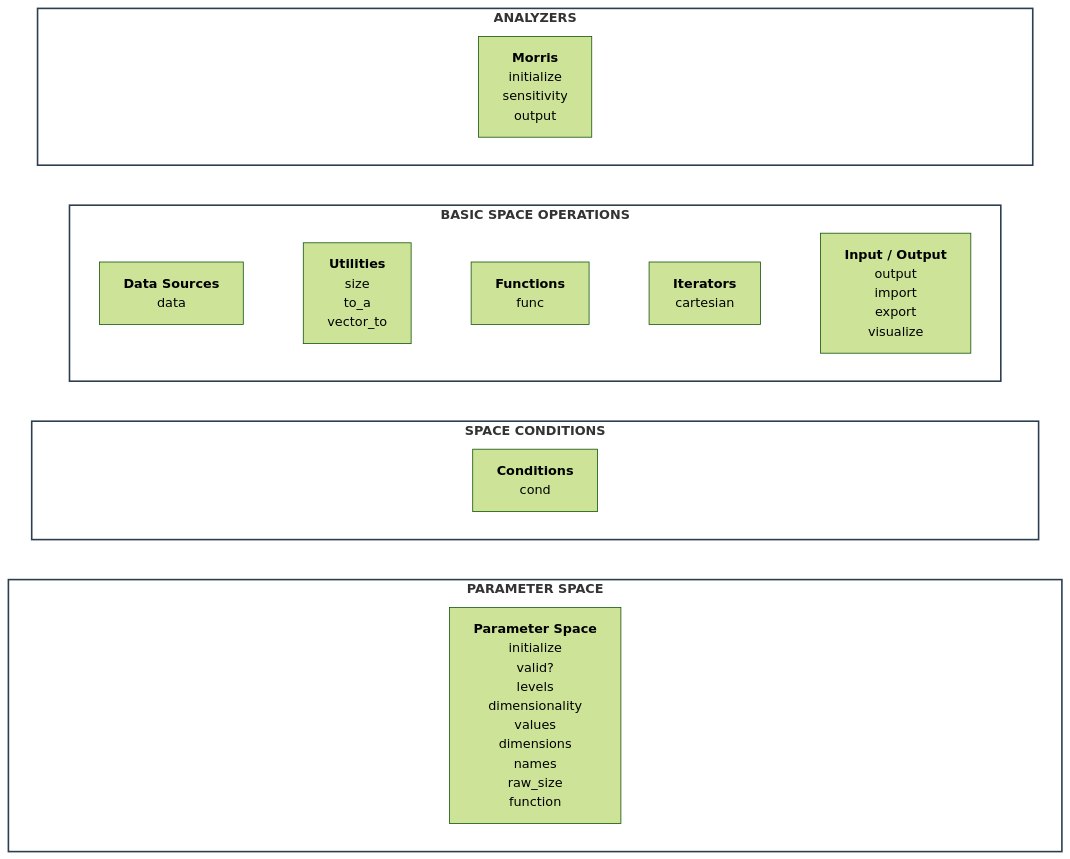
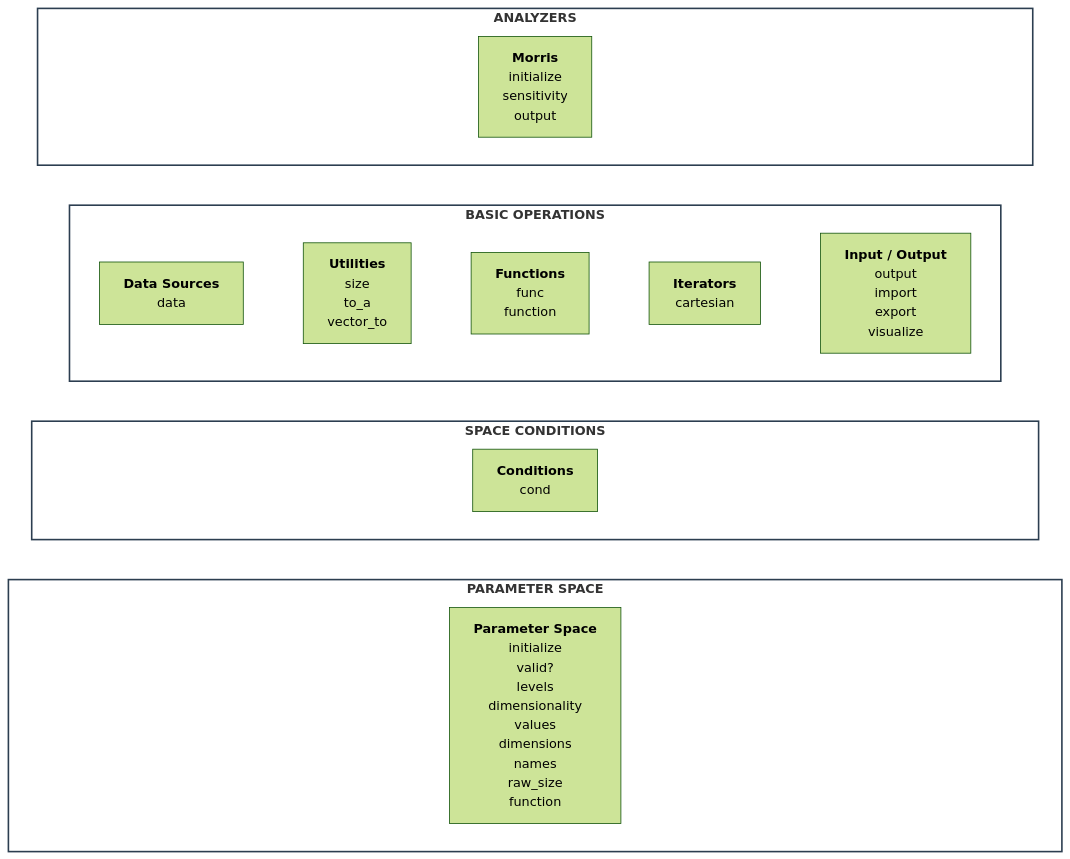
Before and after one commit to Yuri-Rassokhin/flex-cartesian: the diagram in docs/api/api.md, drawn with Mermaid (forest theme). The commit also changed other lines of this file, not shown here.

````diff
--- a/docs/api/api.md
+++ b/docs/api/api.md
@@ -6,31 +6,31 @@
 ```mermaid
 flowchart TB
     classDef layer fill:#ffffff,stroke:#2c3e50,stroke-width:2px;
     classDef ghost fill:transparent,stroke:transparent,color:transparent;
 
     subgraph Analyzers ["<b>ANALYZERS</b>"]
         direction LR
         gA1["xxxxxxxxxxxxxxxxxxxxxxxxxxxxxxxxxxxxxxxx"]:::ghost ~~~ M["<b>Morris</b><br/>initialize<br/>sensitivity<br/>output"] ~~~ gA2["xxxxxxxxxxxxxxxxxxxxxxxxxxxxxxxxxxxxxxxx"]:::ghost
     end
 
-    subgraph Core ["<b>BASIC SPACE OPERATIONS</b>"]
+    subgraph Core ["<b>BASIC OPERATIONS</b>"]
         direction LR
-        DS["<b>Data Sources</b><br/>data"] ~~~ UT["<b>Utilities</b><br/>size<br/>to_a<br/>vector_to"] ~~~ FN["<b>Functions</b><br/>func"] ~~~ IT["<b>Iterators</b><br/>cartesian"] ~~~ IO["<b>Input / Output</b><br/>output<br/>import<br/>export<br/>visualize"]
+        DS["<b>Data Sources</b><br/>data"] ~~~ UT["<b>Utilities</b><br/>size<br/>to_a<br/>vector_to"] ~~~ FN["<b>Functions</b><br/>func<br/>function"] ~~~ IT["<b>Iterators</b><br/>cartesian"] ~~~ IO["<b>Input / Output</b><br/>output<br/>import<br/>export<br/>visualize"]
     end
 
     subgraph Cond ["<b>SPACE CONDITIONS</b>"]
         direction LR
         gC1["xxxxxxxxxxxxxxxxxxxxxxxxxxxxxxxxxxxxxxxx"]:::ghost ~~~ C["<b>Conditions</b><br/>cond"] ~~~ gC2["xxxxxxxxxxxxxxxxxxxxxxxxxxxxxxxxxxxxxxxx"]:::ghost
     end
 
     subgraph Params ["<b>PARAMETER SPACE</b>"]
         direction LR
         gP1["xxxxxxxxxxxxxxxxxxxxxxxxxxxxxxxxxxxxxxxx"]:::ghost ~~~ PS["<b>Parameter Space</b><br/>initialize<br/>valid?<br/>levels<br/>dimensionality<br/>values<br/>dimensions<br/>names<br/>raw_size<br/>function"] ~~~ gP2["xxxxxxxxxxxxxxxxxxxxxxxxxxxxxxxxxxxxxxxx"]:::ghost
     end
 
     Analyzers ~~~ Core
     Core ~~~ Cond
     Cond ~~~ Params
 
     class Analyzers,Core,Cond,Params layer;
 ```
````
